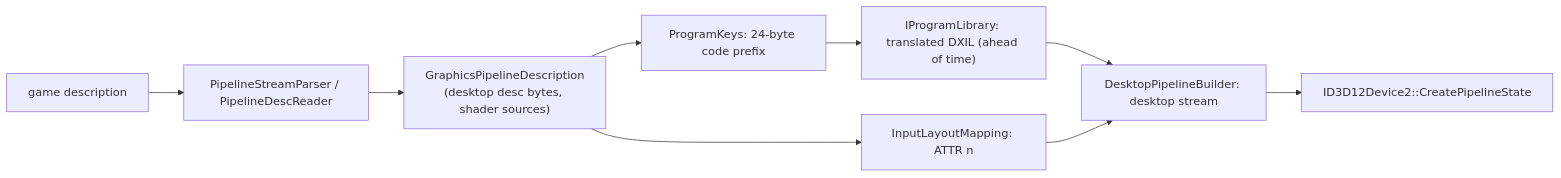
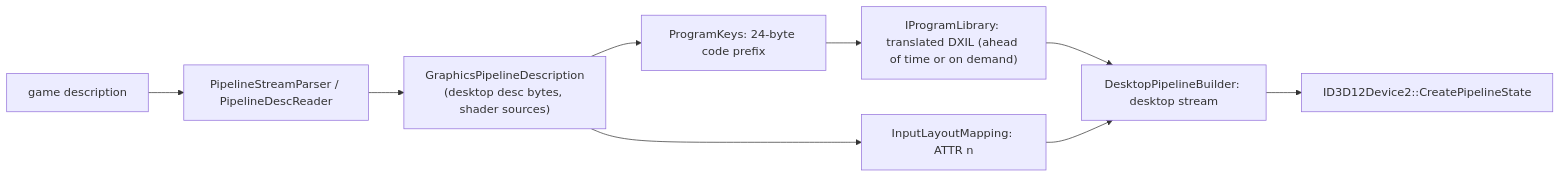
Before and after one commit to Elijah-J/five-star-recomp: the fourth of 4 diagrams in docs/d3d12x-pipelines.md, drawn with Mermaid. The commit also changed other lines of this file and 5 other files, not shown here.

Commit message:
Docs: programs translated and compiled on first use; ahead-of-time translation optional

````diff
--- a/docs/d3d12x-pipelines.md
+++ b/docs/d3d12x-pipelines.md
@@ -278,11 +313,11 @@
 ```mermaid
 flowchart LR
   desc["game description"] --> read["PipelineStreamParser / PipelineDescReader"]
   read --> gd["GraphicsPipelineDescription<br/>(desktop desc bytes, shader sources)"]
   gd --> key["ProgramKeys: 24-byte code prefix"]
-  key --> lib["IProgramLibrary: translated DXIL (ahead of time)"]
+  key --> lib["IProgramLibrary: translated DXIL (ahead of time or on demand)"]
   gd --> map["InputLayoutMapping: ATTR n"]
   lib --> build["DesktopPipelineBuilder: desktop stream"]
   map --> build
   build --> pso["ID3D12Device2::CreatePipelineState"]
 ```
````
